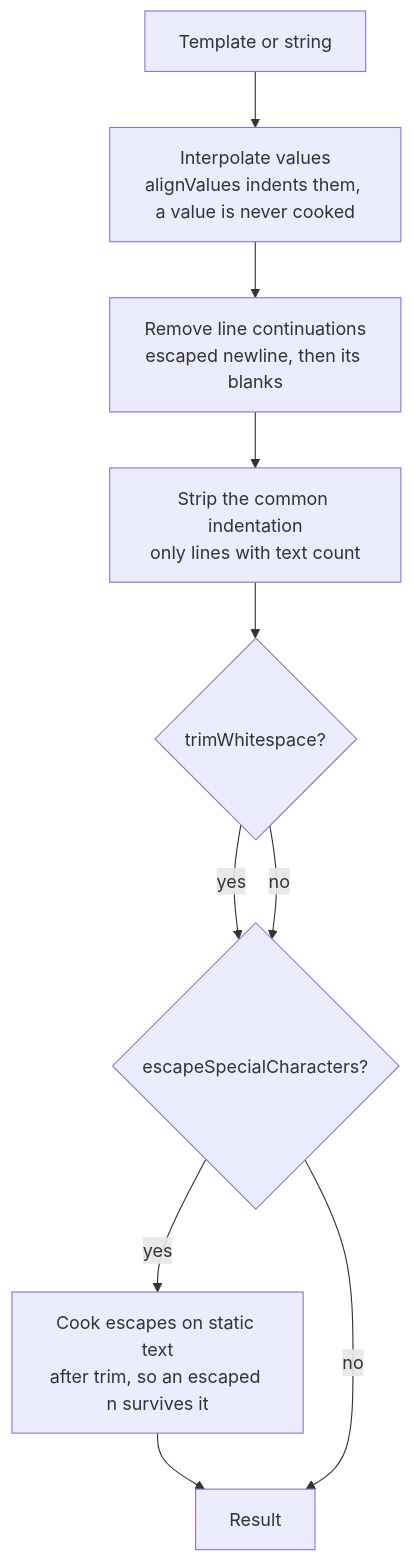
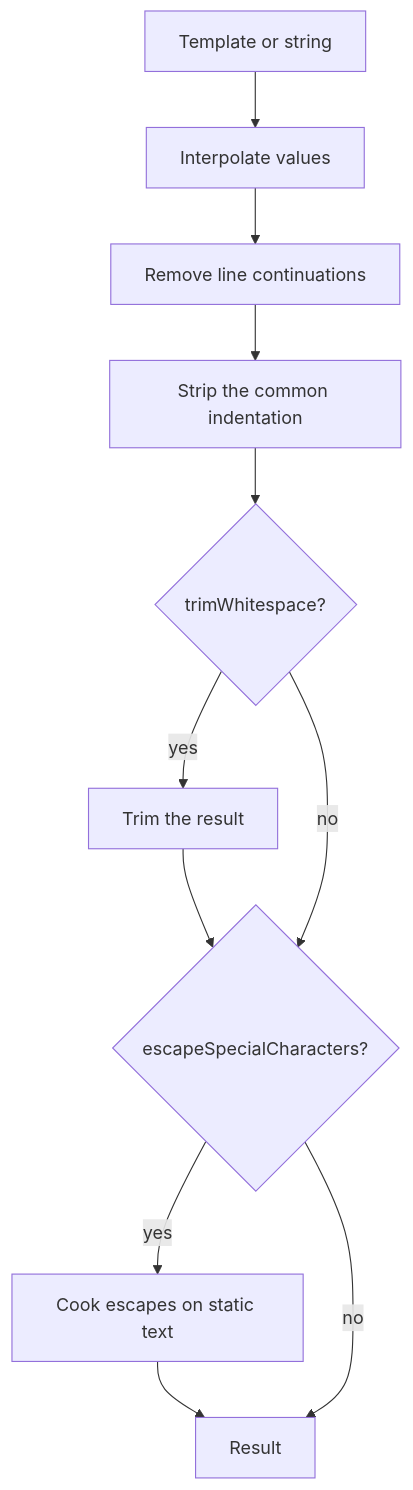
The diagram in openspec/specs/shared/dedent/design.md (Esposter/Esposter), drawn with Mermaid before and after one commit. The commit also changed other lines of this file and 15 other files, not shown here.

````diff
--- a/openspec/specs/shared/dedent/design.md
+++ b/openspec/specs/shared/dedent/design.md
@@ -7,16 +7,17 @@
 ```mermaid
 flowchart TD
   input["Template or string"]
-  insertValues["Interpolate values<br/>alignValues indents them, a value is never cooked"]
-  continuations["Remove line continuations<br/>escaped newline, then its blanks"]
-  dedent["Strip the common indentation<br/>only lines with text count"]
+  insertValues["Interpolate values"]
+  continuations["Remove line continuations"]
+  dedent["Strip the common indentation"]
   trim{"trimWhitespace?"}
+  trimmed["Trim the result"]
   cook{"escapeSpecialCharacters?"}
-  cookEscapes["Cook escapes on static text<br/>after trim, so an escaped n survives it"]
+  cookEscapes["Cook escapes on static text"]
   output["Result"]
   input --> insertValues --> continuations --> dedent --> trim
-  trim -->|yes| cook
+  trim -->|yes| trimmed --> cook
   trim -->|no| cook
   cook -->|yes| cookEscapes --> output
   cook -->|no| output
 ```
````
